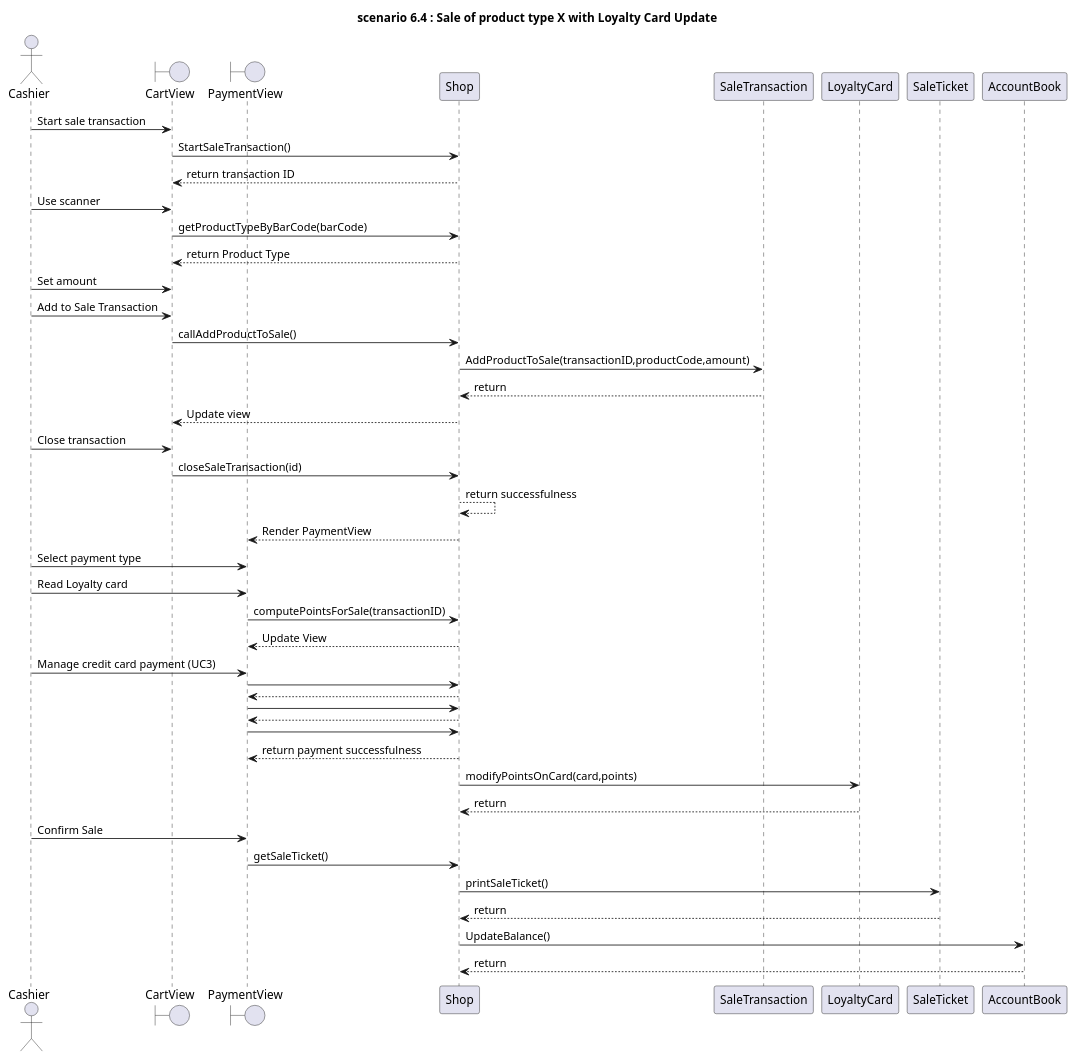
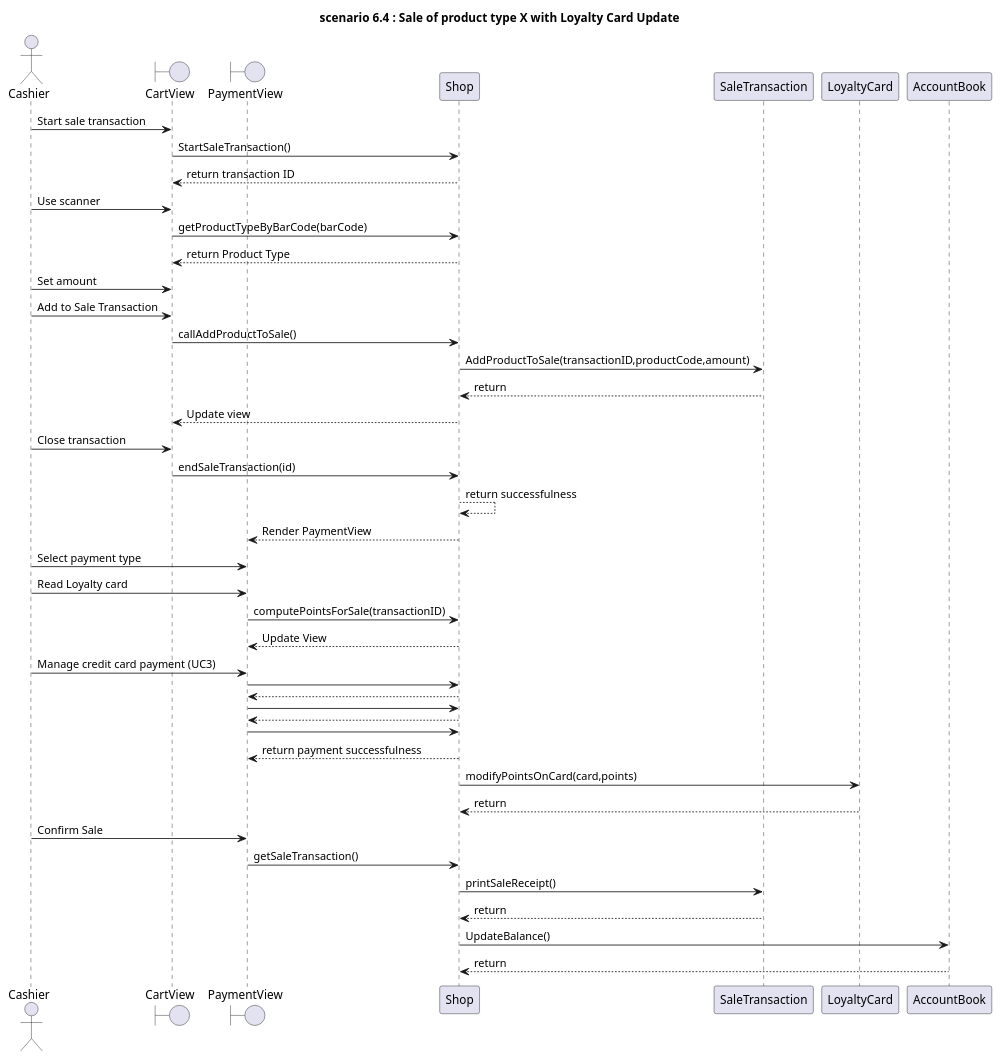
Before and after one commit to zitabou/EZShop: diagram 20 of 31 in Deliverables/DesignDocument.md, drawn with PlantUML. The commit also changed other lines of this file, not shown here.

````diff
--- a/Deliverables/DesignDocument.md
+++ b/Deliverables/DesignDocument.md
@@ -702,66 +695,66 @@
 ```plantuml
 
 title
 **scenario 6.4** : Sale of product type X with Loyalty Card Update
 end title
 
 'Actors
 actor Cashier
 'Boundaries
 Boundary CartView
 boundary PaymentView
 
 ''''
 'Sequence
 '''''
 'Start sale transaction
 Cashier -> CartView: Start sale transaction
 CartView -> Shop: StartSaleTransaction()
 Shop --> CartView: return transaction ID
 Cashier -> CartView: Use scanner
 CartView ->  Shop: getProductTypeByBarCode(barCode) 
 Shop --> CartView: return Product Type
 
 'Set amount and Add product
 Cashier -> CartView: Set amount
 Cashier -> CartView: Add to Sale Transaction
 CartView -> Shop: callAddProductToSale()
 Shop -> SaleTransaction: AddProductToSale(transactionID,productCode,amount)
 SaleTransaction --> Shop: return
 Shop --> CartView: Update view
 
 'Close transaction
 Cashier -> CartView: Close transaction
-CartView -> Shop: closeSaleTransaction(id)
+CartView -> Shop: endSaleTransaction(id)
 Shop --> Shop: return successfulness
 'Payment
 Shop --> PaymentView: Render PaymentView
 Cashier -> PaymentView: Select payment type
 'Add points to Loyalty card
 Cashier -> PaymentView: Read Loyalty card
 PaymentView -> Shop: computePointsForSale(transactionID)
 Shop --> PaymentView : Update View
 
 'Manage credit card payment UC3
 Cashier -> PaymentView: Manage credit card payment (UC3)
 PaymentView -> Shop :
 Shop --> PaymentView :
 PaymentView -> Shop :
 Shop --> PaymentView :
 PaymentView -> Shop :
 Shop --> PaymentView : return payment successfulness
 
 'Update card points
 Shop -> LoyaltyCard: modifyPointsOnCard(card,points)
 LoyaltyCard --> Shop: return
 
 'Confirm Sale
 Cashier -> PaymentView: Confirm Sale
-PaymentView -> Shop: getSaleTicket()
-'Print ticket
-Shop -> SaleTicket: printSaleTicket()
-SaleTicket --> Shop: return
+PaymentView -> Shop: getSaleTransaction()
+'Print receipt
+Shop -> SaleTransaction: printSaleReceipt()
+SaleTransaction --> Shop: return
 'Update balance
 Shop -> AccountBook: UpdateBalance()
 AccountBook --> Shop: return
 ```
````
